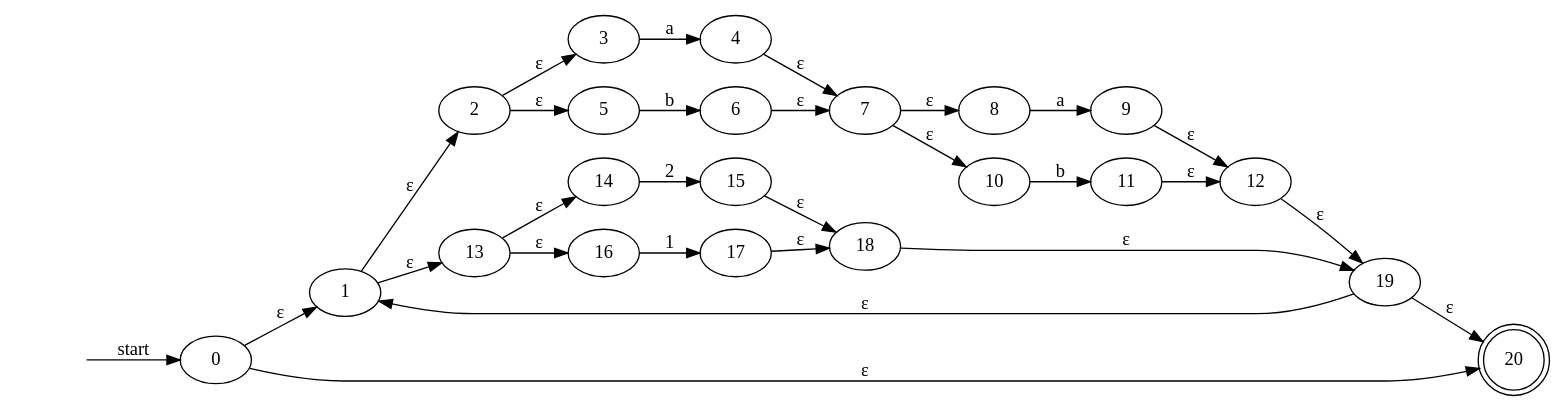
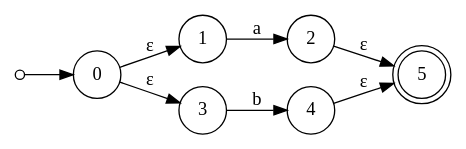
The diagram in nfa3.gv (EstebanAG1005/LaboratorioC-Lenguajes), drawn with Graphviz before and after one commit. The commit also changed 21 other files, not shown here.

```diff
--- a/nfa3.gv
+++ b/nfa3.gv
@@ -1,51 +1,14 @@
 digraph {
-	graph [rankdir=LR]
-	"" [shape=none style=invisible]
-	"" -> 0 [label=start]
-	1 [label=1]
-	2 [label=2]
-	3 [label=3]
-	4 [label=4]
-	5 [label=5]
-	6 [label=6]
-	7 [label=7]
-	8 [label=8]
-	9 [label=9]
-	10 [label=10]
-	11 [label=11]
-	12 [label=12]
-	13 [label=13]
-	14 [label=14]
-	15 [label=15]
-	16 [label=16]
-	17 [label=17]
-	18 [label=18]
-	19 [label=19]
-	20 [label=20 shape=doublecircle]
+	rankdir=LR size="8,5"
+	node [shape=doublecircle]
+	5
+	node [shape=circle]
+	start [label="" height=0.1 width=0.1]
+	start -> 0 [label=""]
 	0 -> 1 [label="ε"]
-	0 -> 20 [label="ε"]
-	1 -> 2 [label="ε"]
-	1 -> 13 [label="ε"]
-	2 -> 3 [label="ε"]
+	0 -> 3 [label="ε"]
+	1 -> 2 [label=a]
+	3 -> 4 [label=b]
 	2 -> 5 [label="ε"]
-	3 -> 4 [label=a]
-	5 -> 6 [label=b]
-	4 -> 7 [label="ε"]
-	6 -> 7 [label="ε"]
-	7 -> 8 [label="ε"]
-	7 -> 10 [label="ε"]
-	8 -> 9 [label=a]
-	10 -> 11 [label=b]
-	9 -> 12 [label="ε"]
-	11 -> 12 [label="ε"]
-	13 -> 14 [label="ε"]
-	13 -> 16 [label="ε"]
-	14 -> 15 [label=2]
-	16 -> 17 [label=1]
-	15 -> 18 [label="ε"]
-	17 -> 18 [label="ε"]
-	12 -> 19 [label="ε"]
-	18 -> 19 [label="ε"]
-	19 -> 1 [label="ε"]
-	19 -> 20 [label="ε"]
+	4 -> 5 [label="ε"]
 }
```
